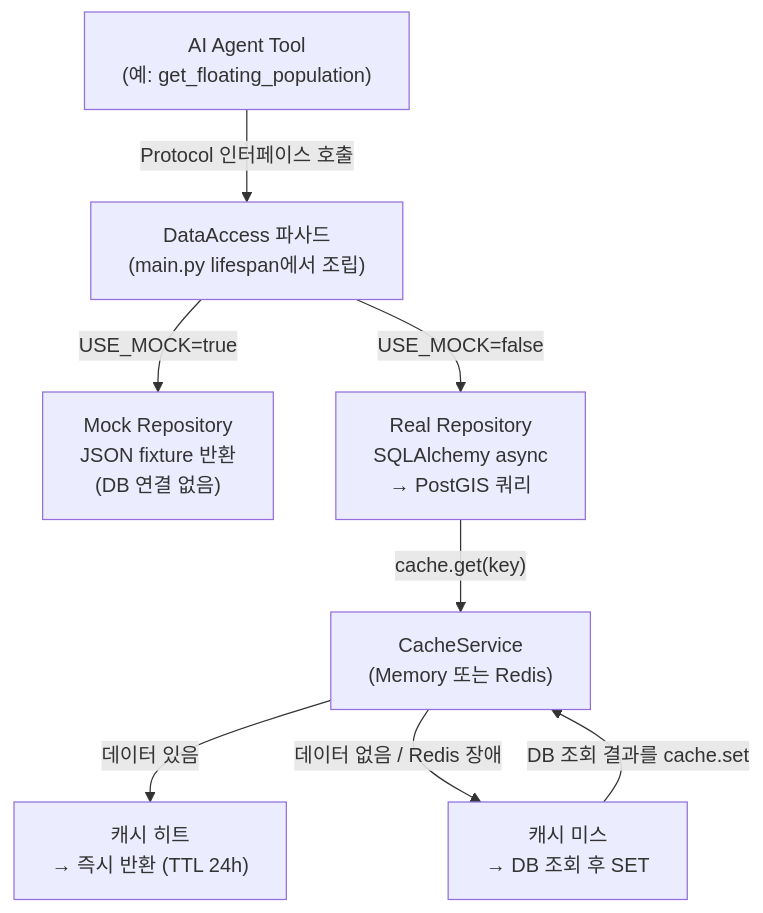
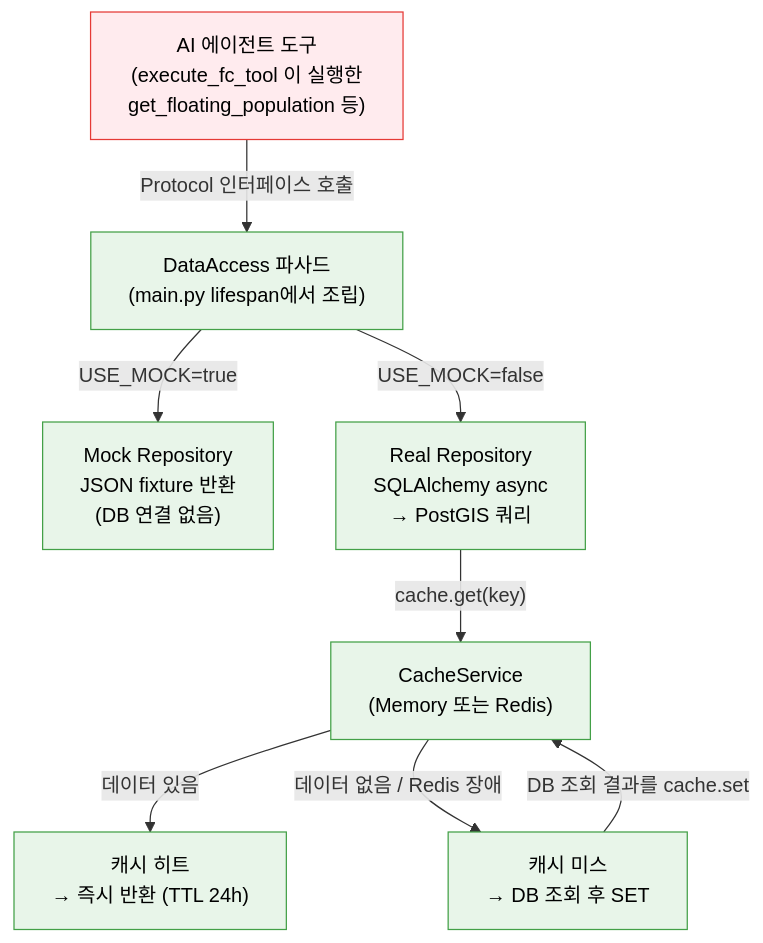
One commit to SJayKim/Catchment-Area-Analysis changed the diagram in docs/learning/06-데이터레이어-자료실.md. Above: the diagram before and after it, drawn with Mermaid. The commit also changed other lines of this file and 6 other files, not shown here.

````diff
--- a/docs/learning/06-데이터레이어-자료실.md
+++ b/docs/learning/06-데이터레이어-자료실.md
@@ -17,18 +17,23 @@
 ```mermaid
 flowchart TD
-    Tool["AI Agent Tool\n(예: get_floating_population)"]
-    DA["DataAccess 파사드\n(main.py lifespan에서 조립)"]
-    Mock["Mock Repository\nJSON fixture 반환\n(DB 연결 없음)"]
-    Real["Real Repository\nSQLAlchemy async\n→ PostGIS 쿼리"]
-    Cache["CacheService\n(Memory 또는 Redis)"]
-    Hit["캐시 히트\n→ 즉시 반환 (TTL 24h)"]
-    Miss["캐시 미스\n→ DB 조회 후 SET"]
+    Tool["AI 에이전트 도구<br/>(execute_fc_tool 이 실행한<br/>get_floating_population 등)"]
+    DA["DataAccess 파사드<br/>(main.py lifespan에서 조립)"]
+    Mock["Mock Repository<br/>JSON fixture 반환<br/>(DB 연결 없음)"]
+    Real["Real Repository<br/>SQLAlchemy async<br/>→ PostGIS 쿼리"]
+    Cache["CacheService<br/>(Memory 또는 Redis)"]
+    Hit["캐시 히트<br/>→ 즉시 반환 (TTL 24h)"]
+    Miss["캐시 미스<br/>→ DB 조회 후 SET"]
 
     Tool -->|"Protocol 인터페이스 호출"| DA
     DA -->|"USE_MOCK=true"| Mock
     DA -->|"USE_MOCK=false"| Real
     Real -->|"cache.get(key)"| Cache
     Cache -->|"데이터 있음"| Hit
     Cache -->|"데이터 없음 / Redis 장애"| Miss
     Miss -->|"DB 조회 결과를 cache.set"| Cache
+
+    classDef agent fill:#ffebee,stroke:#e53935,color:#000
+    classDef data fill:#e8f5e9,stroke:#43a047,color:#000
+    class Tool agent
+    class DA,Mock,Real,Cache,Hit,Miss data
 ```
````
